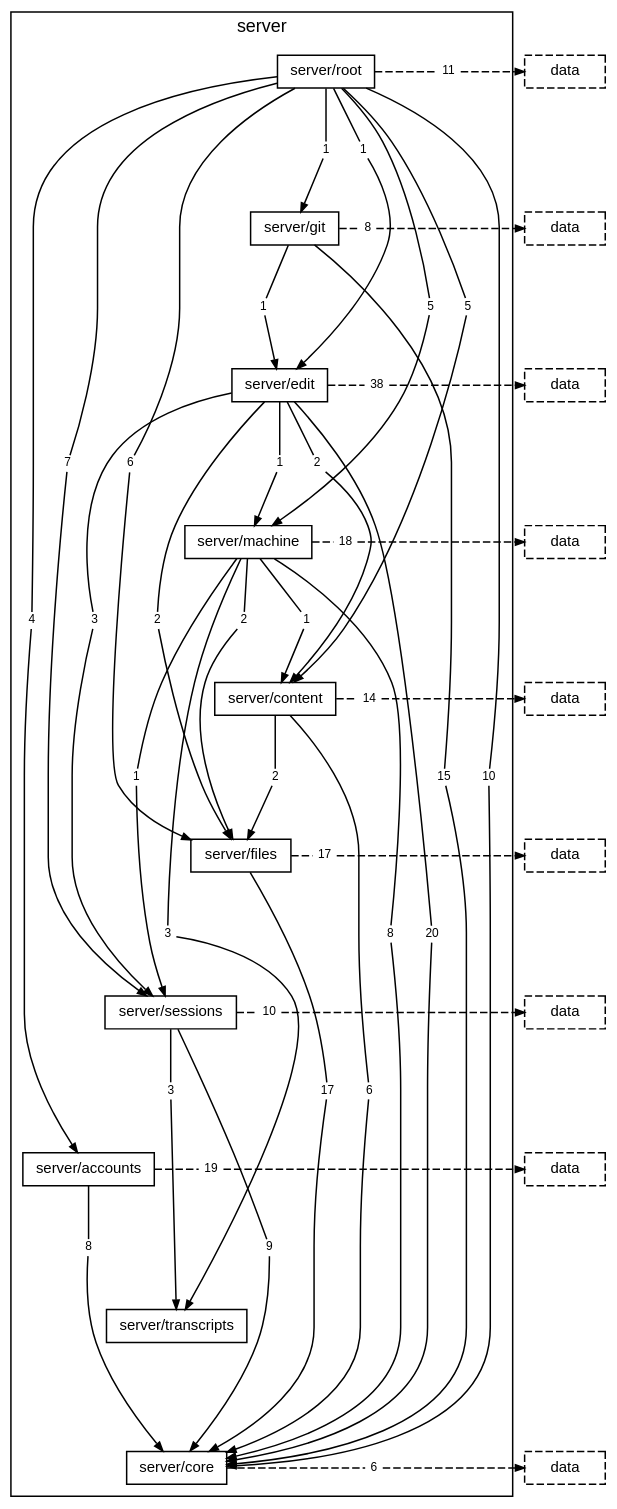
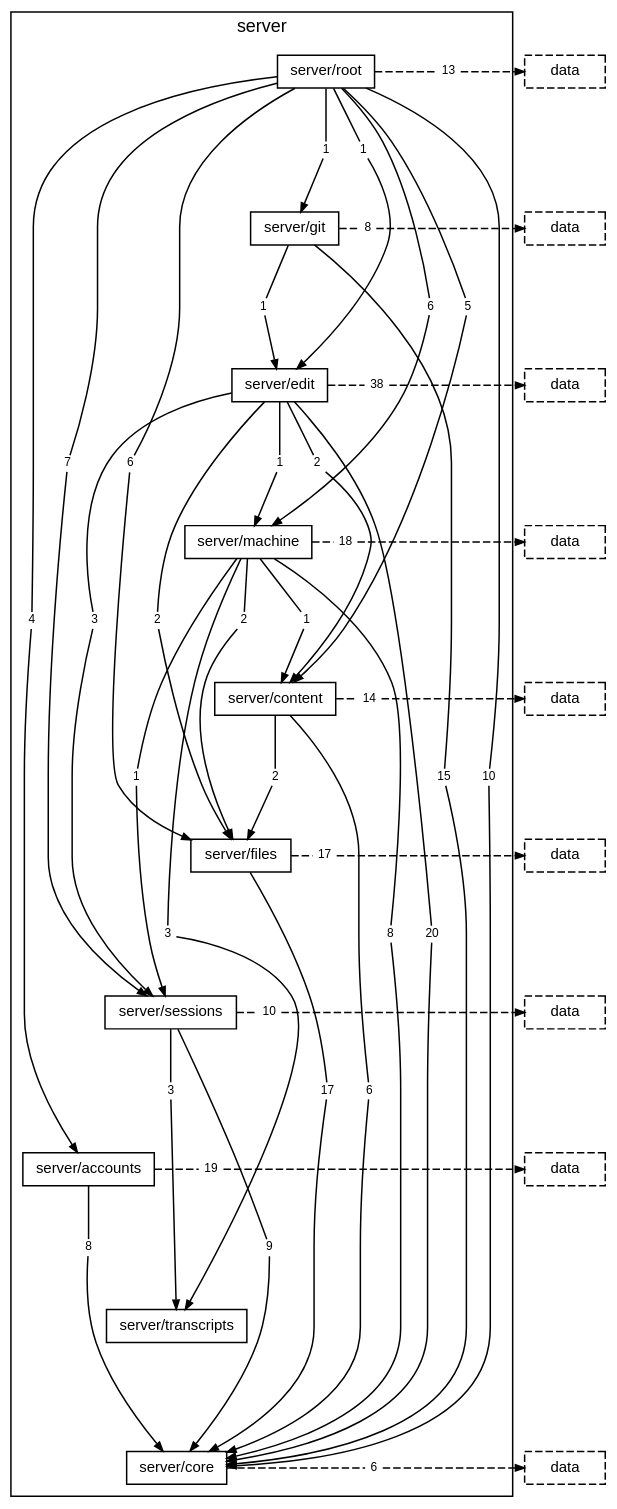
The diagram in docs/diagrams/layer-server.dot (TheAxeC/oculus), drawn with Graphviz before and after one commit. The commit also changed 63 other files, not shown here.

```diff
--- a/docs/diagrams/layer-server.dot
+++ b/docs/diagrams/layer-server.dot
@@ -20,9 +20,9 @@
         "folder server/root to folder server/edit" [label="1", shape=box, color="transparent", fontsize=8, width=0, height=0, margin="0.04,0.02"];
         "folder server/root to folder server/files" [label="6", shape=box, color="transparent", fontsize=8, width=0, height=0, margin="0.04,0.02"];
         "folder server/root to folder server/git" [label="1", shape=box, color="transparent", fontsize=8, width=0, height=0, margin="0.04,0.02"];
-        "folder server/root to folder server/machine" [label="5", shape=box, color="transparent", fontsize=8, width=0, height=0, margin="0.04,0.02"];
+        "folder server/root to folder server/machine" [label="6", shape=box, color="transparent", fontsize=8, width=0, height=0, margin="0.04,0.02"];
         "folder server/root to folder server/sessions" [label="7", shape=box, color="transparent", fontsize=8, width=0, height=0, margin="0.04,0.02"];
-        "folder server/root to layer data" [label="11", shape=box, color="transparent", fontsize=8, width=0, height=0, margin="0.04,0.02"];
+        "folder server/root to layer data" [label="13", shape=box, color="transparent", fontsize=8, width=0, height=0, margin="0.04,0.02"];
         "folder server/git to folder server/core" [label="15", shape=box, color="transparent", fontsize=8, width=0, height=0, margin="0.04,0.02"];
         "folder server/git to folder server/edit" [label="1", shape=box, color="transparent", fontsize=8, width=0, height=0, margin="0.04,0.02"];
         "folder server/git to layer data" [label="8", shape=box, color="transparent", fontsize=8, width=0, height=0, margin="0.04,0.02"];
```
